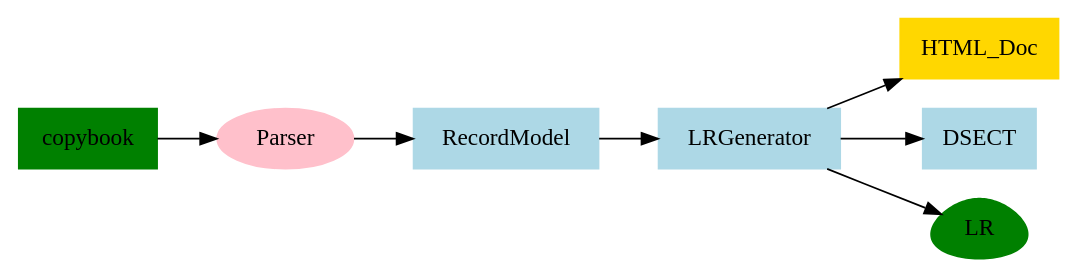
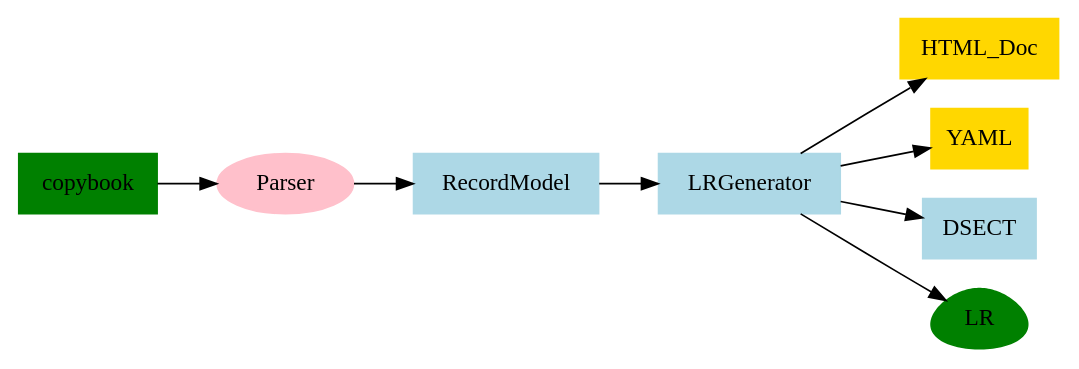
One commit to genevaers/Workbench changed the diagram in ccb2lr/docs/flow.gv. Above: the diagram before and after it, drawn with Graphviz. The commit also changed 7 other files, not shown here.

```diff
--- a/ccb2lr/docs/flow.gv
+++ b/ccb2lr/docs/flow.gv
@@ -1,18 +1,20 @@
 digraph Copybook2LR_Flow {
     rankdir=LR;
     
     copybook[shape=file color=green style=filled]
     RecordModel[shape=file color=lightblue style=filled]
     LRGenerator[shape=file color=lightblue style=filled]
     HTML_Doc[shape=file color=gold style=filled]
+    YAML[shape=file color=gold style=filled]
     DSECT[shape=file  color=lightblue style=filled]
     Parser[color=pink style=filled]
     LR[shape=egg color=green style=filled]
 
     copybook -> Parser
     Parser -> RecordModel
     RecordModel -> LRGenerator
     LRGenerator -> HTML_Doc
     LRGenerator -> LR
     LRGenerator -> DSECT
+    LRGenerator -> YAML
 }
```
